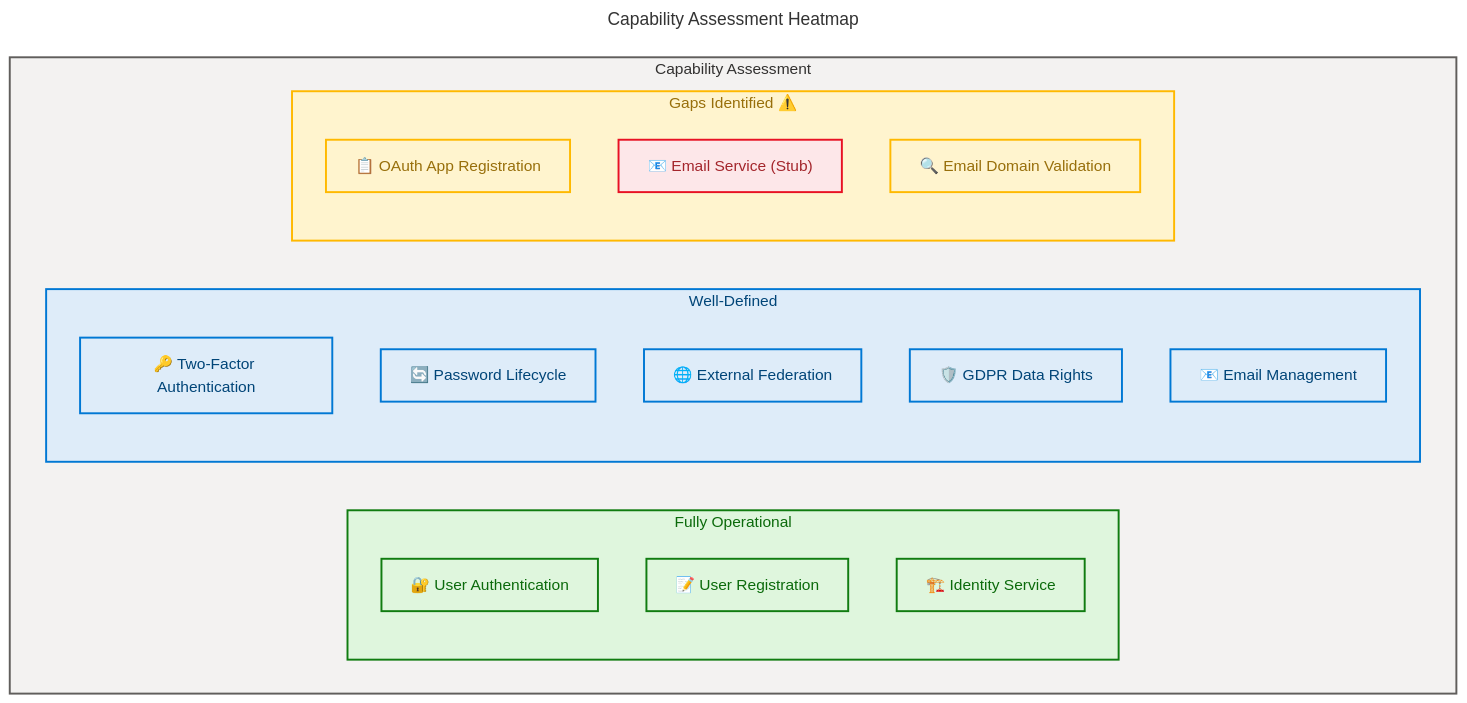
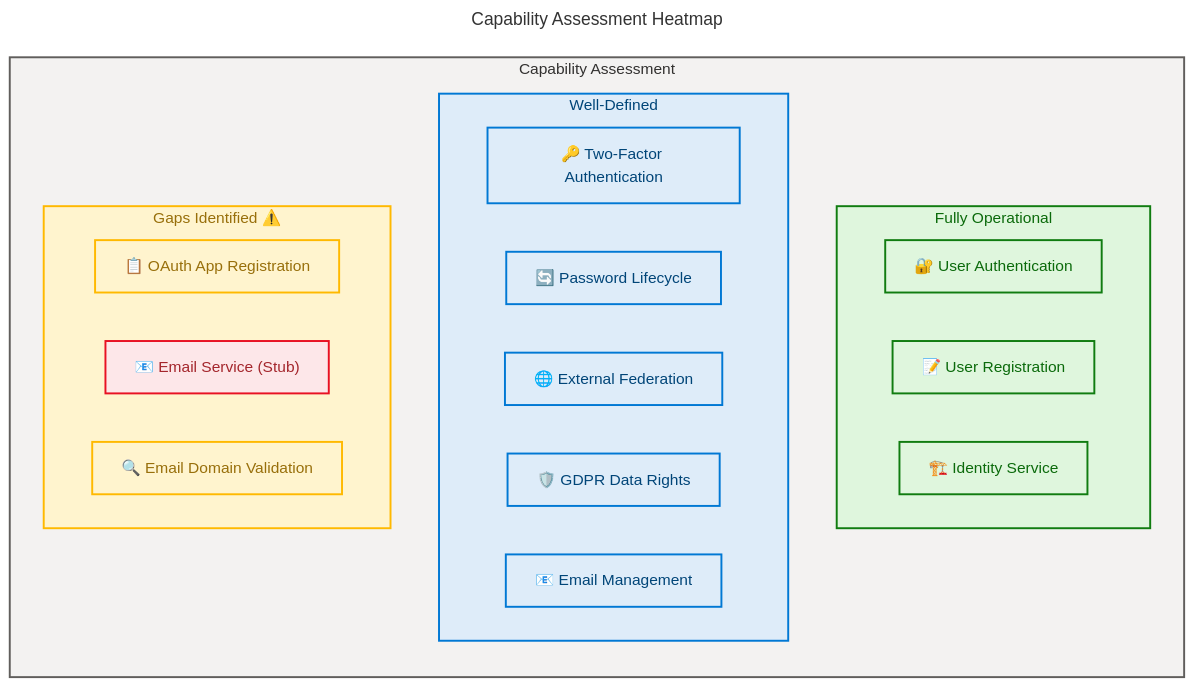
Before and after one commit to Evilazaro/IdentityProvider: the fifth of 11 diagrams in docs/architecture/business-architecture.md, drawn with Mermaid. The commit also changed other lines of this file, not shown here.

Commit message:
Fix flowchart direction in multiple diagrams for accurate representation in business architecture documentation

````diff
--- a/docs/architecture/business-architecture.md
+++ b/docs/architecture/business-architecture.md
@@ -542,66 +542,66 @@
 ```mermaid
 ---
 title: Capability Assessment Heatmap
 config:
   theme: base
   look: classic
   layout: dagre
   themeVariables:
     fontSize: '16px'
   flowchart:
     htmlLabels: true
 ---
-flowchart TB
+flowchart LR
     accTitle: Capability Assessment Heatmap — Contoso IdentityProvider
     accDescr: Visual heatmap showing capability status across key business capabilities with color-coded gap identification
 
     %% ═══════════════════════════════════════════════════════════════
     %% AZURE / FLUENT ARCHITECTURE PATTERN v1.1
     %% Semantic + Structural + Font + Accessibility Governance
     %% ═══════════════════════════════════════════════════════════════
     %% PHASE 1 — STRUCTURAL: Direction explicit, nesting ≤ 3
     %% PHASE 2 — SEMANTIC: Max 5 classes, neutral-first
     %% PHASE 3 — FONT: Dark text on light backgrounds ≥ 4.5:1
     %% PHASE 4 — ACCESSIBILITY: accTitle + accDescr + icons on all nodes
     %% PHASE 5 — STANDARD: Governance block + classDefs centralized
     %% ═══════════════════════════════════════════════════════════════
 
     subgraph main["Capability Assessment"]
         subgraph level4["Fully Operational"]
             M4A["🔐 User Authentication"]
             M4B["📝 User Registration"]
             M4C["🏗️ Identity Service"]
         end
 
         subgraph level3["Well-Defined"]
             M3A["🔑 Two-Factor Authentication"]
             M3B["🔄 Password Lifecycle"]
             M3C["🌐 External Federation"]
             M3D["🛡️ GDPR Data Rights"]
             M3E["📧 Email Management"]
         end
 
         subgraph level2["Gaps Identified ⚠️"]
             M2A["📋 OAuth App Registration"]
             M2B["📧 Email Service (Stub)"]
             M2C["🔍 Email Domain Validation"]
         end
     end
 
     %% Semantic classDefs
     classDef core fill:#DEECF9,stroke:#0078D4,stroke-width:2px,color:#004578
     classDef success fill:#DFF6DD,stroke:#107C10,stroke-width:2px,color:#0B6A0B
     classDef warning fill:#FFF4CE,stroke:#FFB900,stroke-width:2px,color:#986F0B
     classDef danger fill:#FDE7E9,stroke:#E81123,stroke-width:2px,color:#A4262C
 
     class M4A,M4B,M4C success
     class M3A,M3B,M3C,M3D,M3E core
     class M2A,M2C warning
     class M2B danger
 
     %% Subgraph styling (semantic fills retained — heatmap pattern)
     style main fill:#F3F2F1,stroke:#605E5C,stroke-width:2px,color:#323130
     style level4 fill:#DFF6DD,stroke:#107C10,stroke-width:2px,color:#0B6A0B
     style level3 fill:#DEECF9,stroke:#0078D4,stroke-width:2px,color:#004578
     style level2 fill:#FFF4CE,stroke:#FFB900,stroke-width:2px,color:#986F0B
 ```
````
